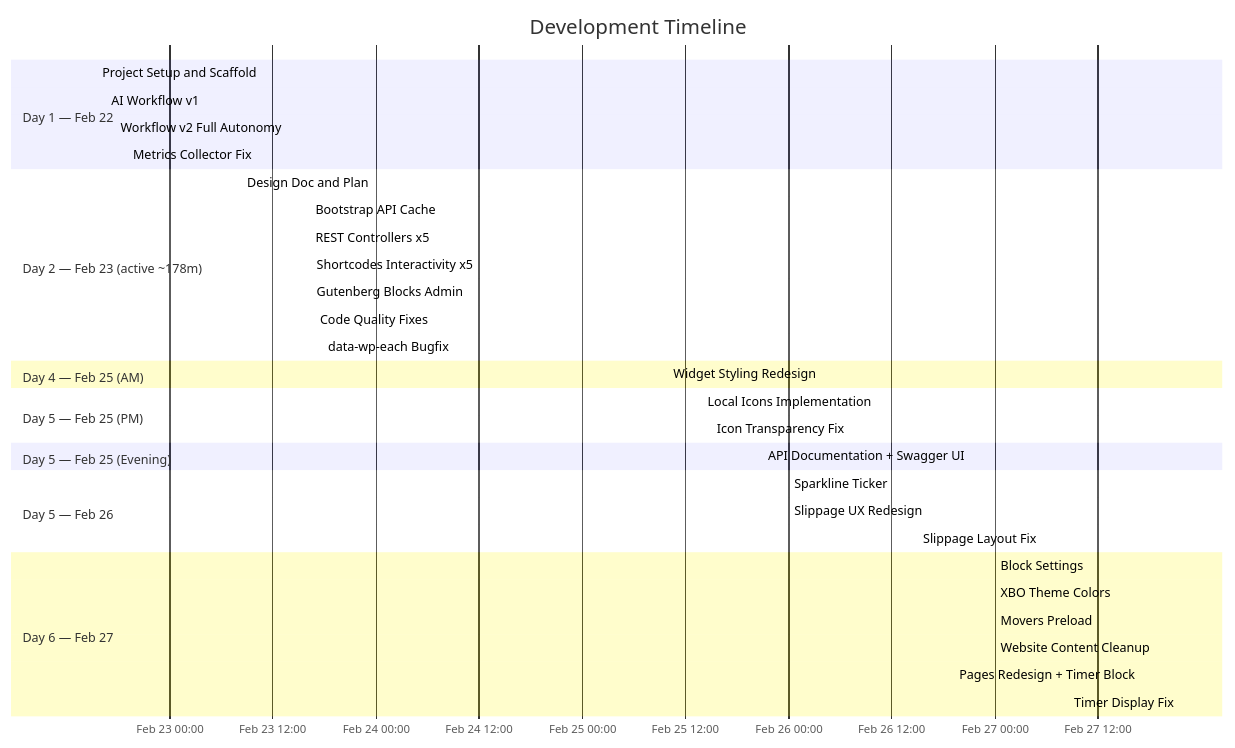
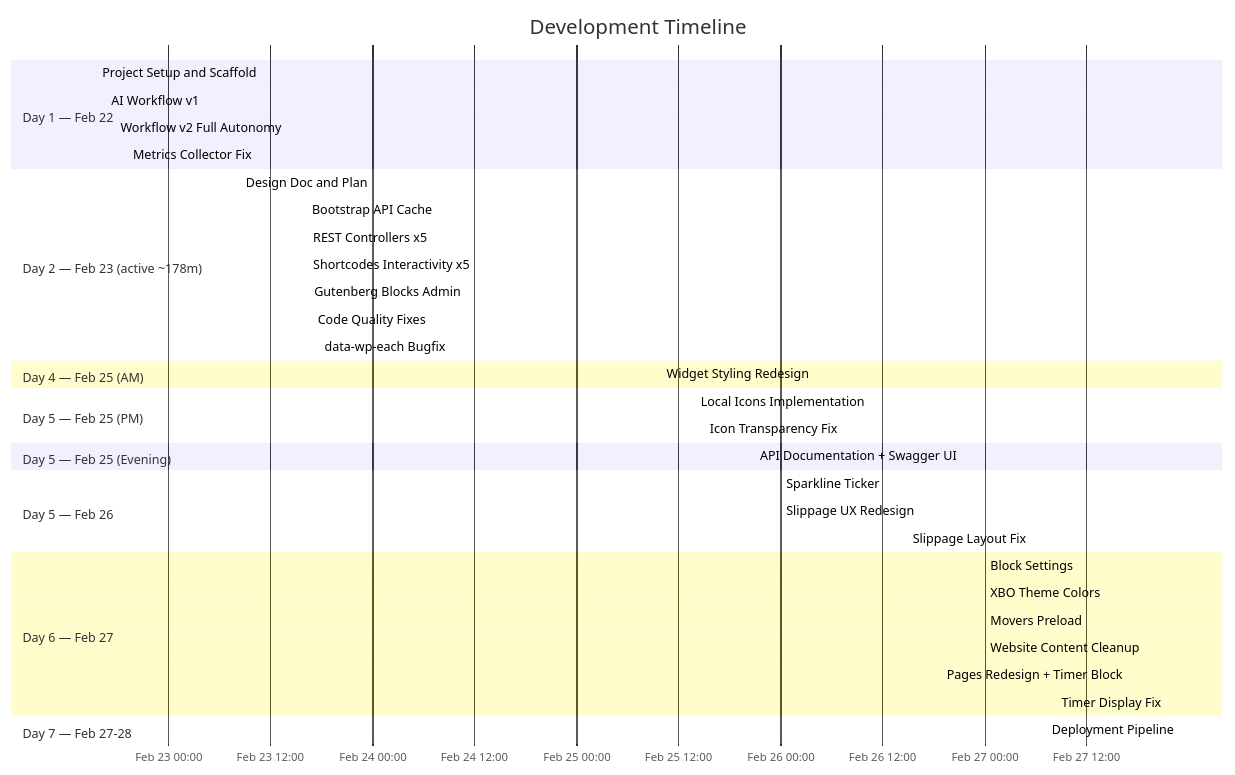
The third of 7 diagrams in README.md (atlantdak/claude-code-hackathon-xbo-market-kit), drawn with Mermaid before and after one commit. The commit also changed other lines of this file and 4 other files, not shown here.

````diff
--- a/README.md
+++ b/README.md
@@ -99,37 +100,39 @@
 ```mermaid
 gantt
     title Development Timeline
     dateFormat YYYY-MM-DD HH:mm
     axisFormat %b %d %H:%M
     section Day 1 — Feb 22
     Project Setup and Scaffold   :done, setup, 2026-02-22 15:33, 62min
     AI Workflow v1               :done, wf1, 2026-02-22 16:35, 66min
     Workflow v2 Full Autonomy    :done, wf2, 2026-02-22 17:41, 90min
     Metrics Collector Fix        :done, fix, 2026-02-22 19:11, 18min
     section Day 2 — Feb 23 (active ~178m)
     Design Doc and Plan          :done, plan, 2026-02-23 08:26, 128min
     Bootstrap API Cache          :done, core, 2026-02-23 16:18, 5min
     REST Controllers x5          :done, rest, 2026-02-23 16:22, 4min
     Shortcodes Interactivity x5  :done, sc, 2026-02-23 16:26, 5min
     Gutenberg Blocks Admin       :done, blk, 2026-02-23 16:31, 23min
     Code Quality Fixes           :done, qa, 2026-02-23 16:54, 52min
     data-wp-each Bugfix          :done, bugfix, 2026-02-23 17:46, 1min
     section Day 4 — Feb 25 (AM)
     Widget Styling Redesign    :done, style, 2026-02-25 10:00, 34min
     section Day 5 — Feb 25 (PM)
     Local Icons Implementation :done, icons, 2026-02-25 14:00, 53min
     Icon Transparency Fix      :done, iconfix, 2026-02-25 15:00, 5min
     section Day 5 — Feb 25 (Evening)
     API Documentation + Swagger UI :done, apidocs, 2026-02-25 21:00, 70min
     section Day 5 — Feb 26
     Sparkline Ticker              :done, sparkline, 2026-02-26 00:00, 60min
     Slippage UX Redesign          :done, slippage, 2026-02-26 00:00, 60min
     Slippage Layout Fix           :done, slipfix, 2026-02-26 15:00, 30min
     section Day 6 — Feb 27
     Block Settings                :done, blocksettings, 2026-02-27 00:00, 55min
     XBO Theme Colors             :done, xbotheme, 2026-02-27 00:00, 15min
     Movers Preload               :done, preload, 2026-02-27 00:00, 15min
     Website Content Cleanup      :done, content, 2026-02-27 00:00, 20min
     Pages Redesign + Timer Block :done, pages, 2026-02-27 17:00, 250min
     Timer Display Fix            :done, timerfix, 2026-02-27 21:30, 5min
+    section Day 7 — Feb 27-28
+    Deployment Pipeline          :done, deploy, 2026-02-27 23:00, 170min
 ```
````
